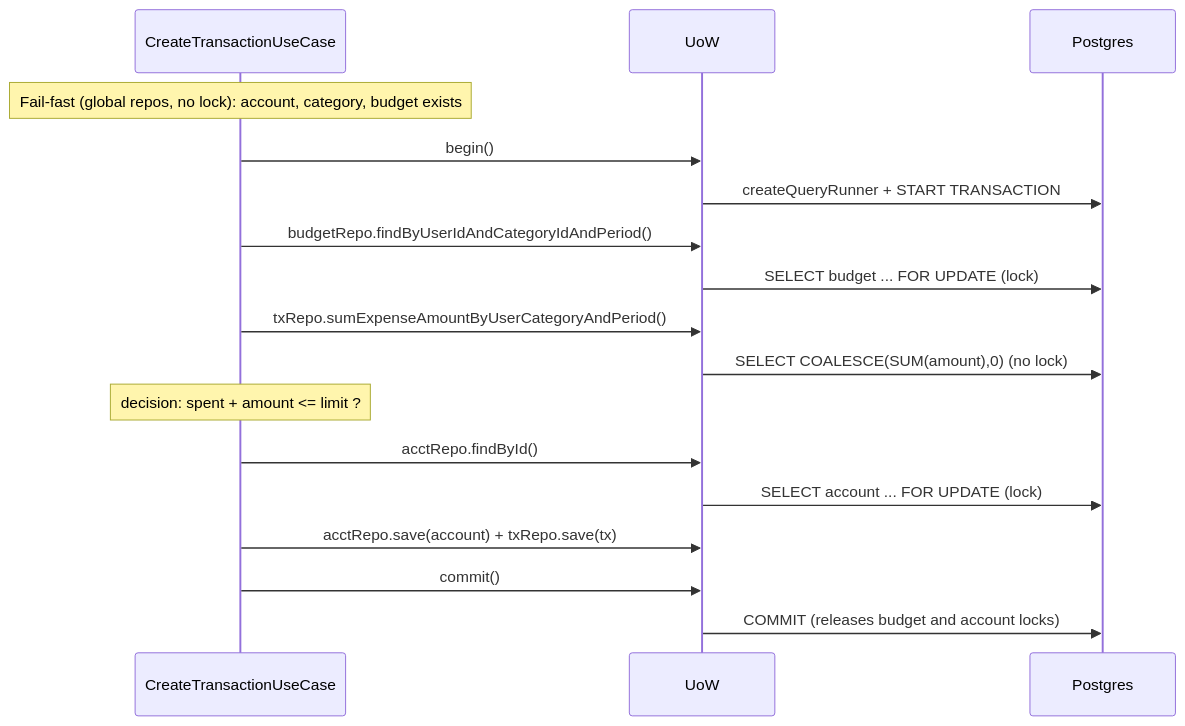
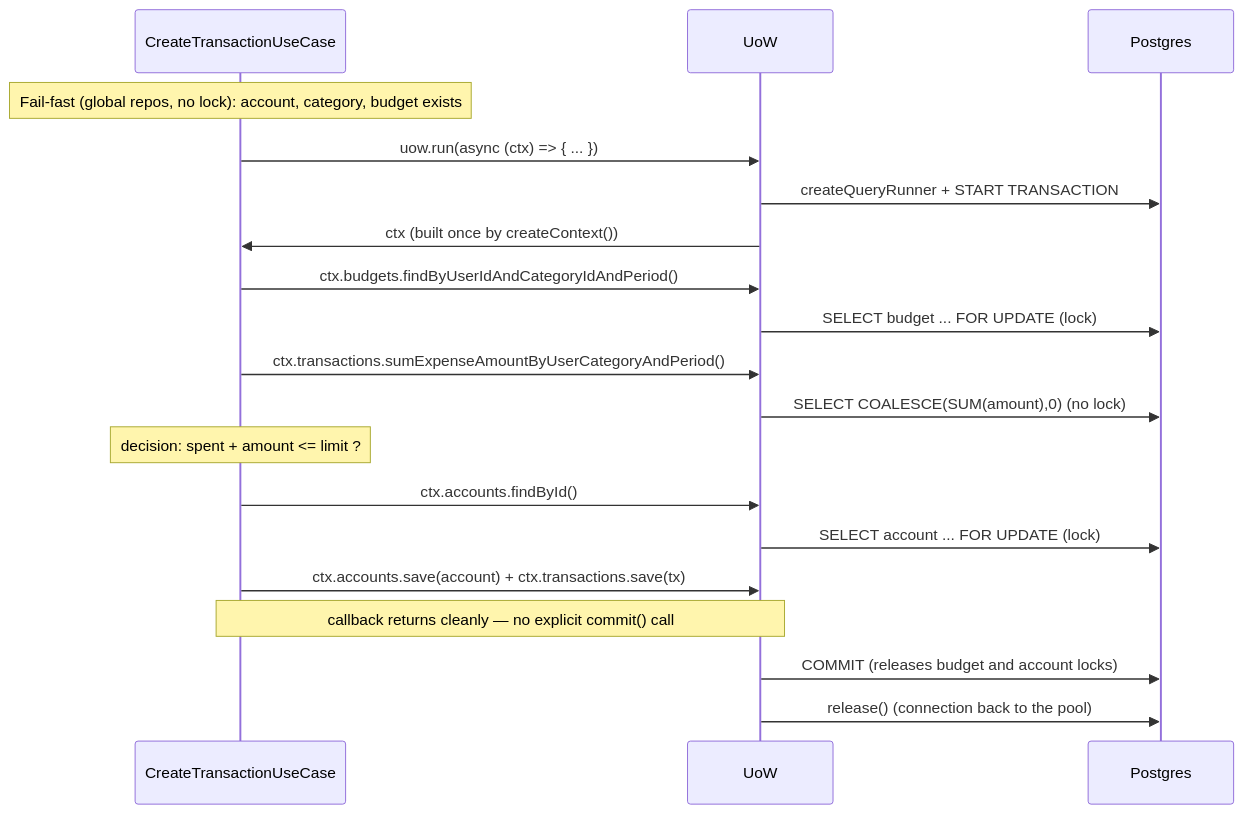
Before and after one commit to vicentera0957-arch/personal-finance-api: the first of 2 diagrams in docs/concurrency-model.md, drawn with Mermaid. The commit also changed other lines of this file and 10 other files, not shown here.

````diff
--- a/docs/concurrency-model.md
+++ b/docs/concurrency-model.md
@@ -301,20 +335,22 @@
 ```mermaid
 sequenceDiagram
     participant UC as CreateTransactionUseCase
     participant UoW
     participant DB as Postgres
 
     Note over UC: Fail-fast (global repos, no lock): account, category, budget exists
-    UC->>UoW: begin()
+    UC->>UoW: uow.run(async (ctx) => { ... })
     UoW->>DB: createQueryRunner + START TRANSACTION
-    UC->>UoW: budgetRepo.findByUserIdAndCategoryIdAndPeriod()
+    UoW->>UC: ctx (built once by createContext())
+    UC->>UoW: ctx.budgets.findByUserIdAndCategoryIdAndPeriod()
     UoW->>DB: SELECT budget ... FOR UPDATE (lock)
-    UC->>UoW: txRepo.sumExpenseAmountByUserCategoryAndPeriod()
+    UC->>UoW: ctx.transactions.sumExpenseAmountByUserCategoryAndPeriod()
     UoW->>DB: SELECT COALESCE(SUM(amount),0)   (no lock)
     Note over UC: decision: spent + amount <= limit ?
-    UC->>UoW: acctRepo.findById()
+    UC->>UoW: ctx.accounts.findById()
     UoW->>DB: SELECT account ... FOR UPDATE (lock)
-    UC->>UoW: acctRepo.save(account) + txRepo.save(tx)
-    UC->>UoW: commit()
+    UC->>UoW: ctx.accounts.save(account) + ctx.transactions.save(tx)
+    Note over UC,UoW: callback returns cleanly — no explicit commit() call
     UoW->>DB: COMMIT  (releases budget and account locks)
+    UoW->>DB: release()  (connection back to the pool)
 ```
````
